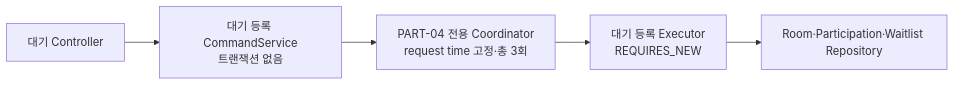
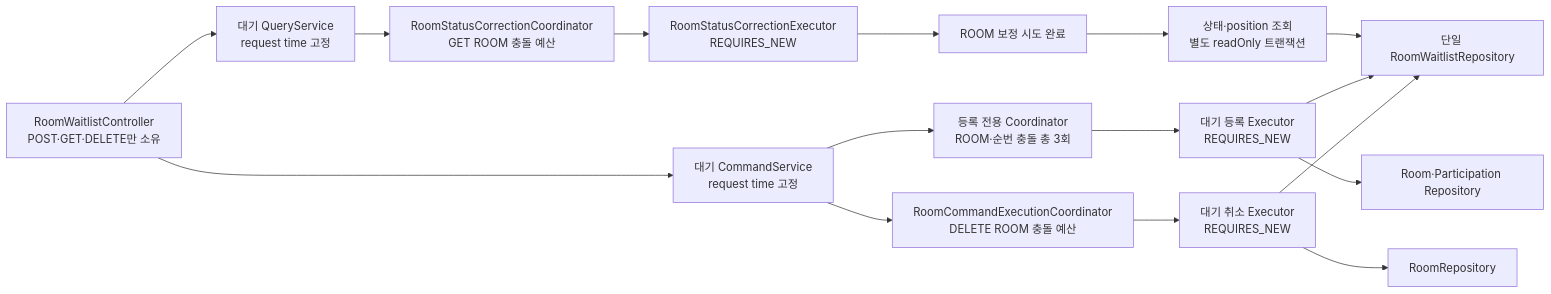
One commit to bamsongi-club/albam-mate changed the fourth of 7 diagrams in docs/ARCHITECTURE.md. Above: the diagram before and after it, drawn with Mermaid. The commit also changed other lines of this file and 4 other files, not shown here.

````diff
--- a/docs/ARCHITECTURE.md
+++ b/docs/ARCHITECTURE.md
@@ -238,7 +240,18 @@
 ```mermaid
 flowchart LR
-    waitlistController["대기 Controller"] --> waitlistCommand["대기 등록 CommandService<br/>트랜잭션 없음"]
-    waitlistCommand --> waitlistCoordinator["PART-04 전용 Coordinator<br/>request time 고정·총 3회"]
+    waitlistController["RoomWaitlistController<br/>POST·GET·DELETE만 소유"] --> waitlistQuery["대기 QueryService<br/>request time 고정"]
+    waitlistQuery --> statusCoordinator["RoomStatusCorrectionCoordinator<br/>GET ROOM 충돌 예산"]
+    statusCoordinator --> statusExecutor["RoomStatusCorrectionExecutor<br/>REQUIRES_NEW"]
+    statusExecutor --> correctionCommitted["ROOM 보정 시도 완료"]
+    correctionCommitted --> waitlistRead["상태·position 조회<br/>별도 readOnly 트랜잭션"]
+    waitlistRead --> waitlistRepository["단일 RoomWaitlistRepository"]
+    waitlistController --> waitlistCommand["대기 CommandService<br/>request time 고정"]
+    waitlistCommand --> waitlistCoordinator["등록 전용 Coordinator<br/>ROOM·순번 충돌 총 3회"]
     waitlistCoordinator --> waitlistExecutor["대기 등록 Executor<br/>REQUIRES_NEW"]
-    waitlistExecutor --> waitlistRepositories["Room·Participation·Waitlist Repository"]
+    waitlistExecutor --> waitlistRepositories["Room·Participation Repository"]
+    waitlistExecutor --> waitlistRepository
+    waitlistCommand --> roomCommandCoordinator["RoomCommandExecutionCoordinator<br/>DELETE ROOM 충돌 예산"]
+    roomCommandCoordinator --> waitlistCancelExecutor["대기 취소 Executor<br/>REQUIRES_NEW"]
+    waitlistCancelExecutor --> roomRepository["RoomRepository"]
+    waitlistCancelExecutor --> waitlistRepository
 ```
````
